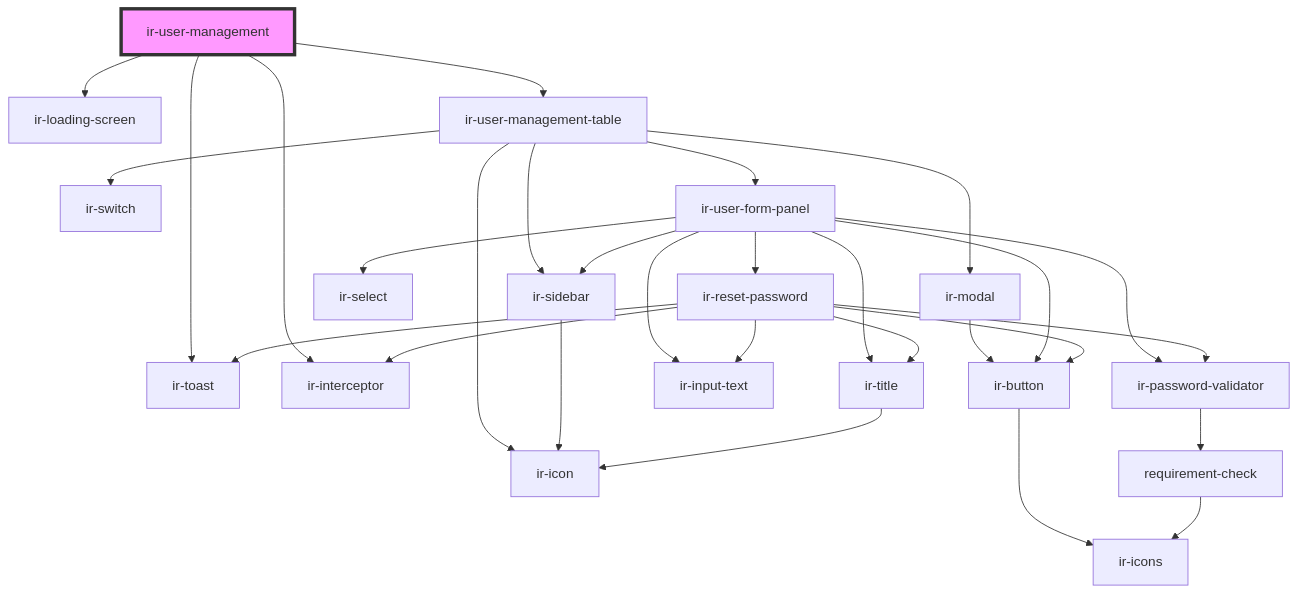
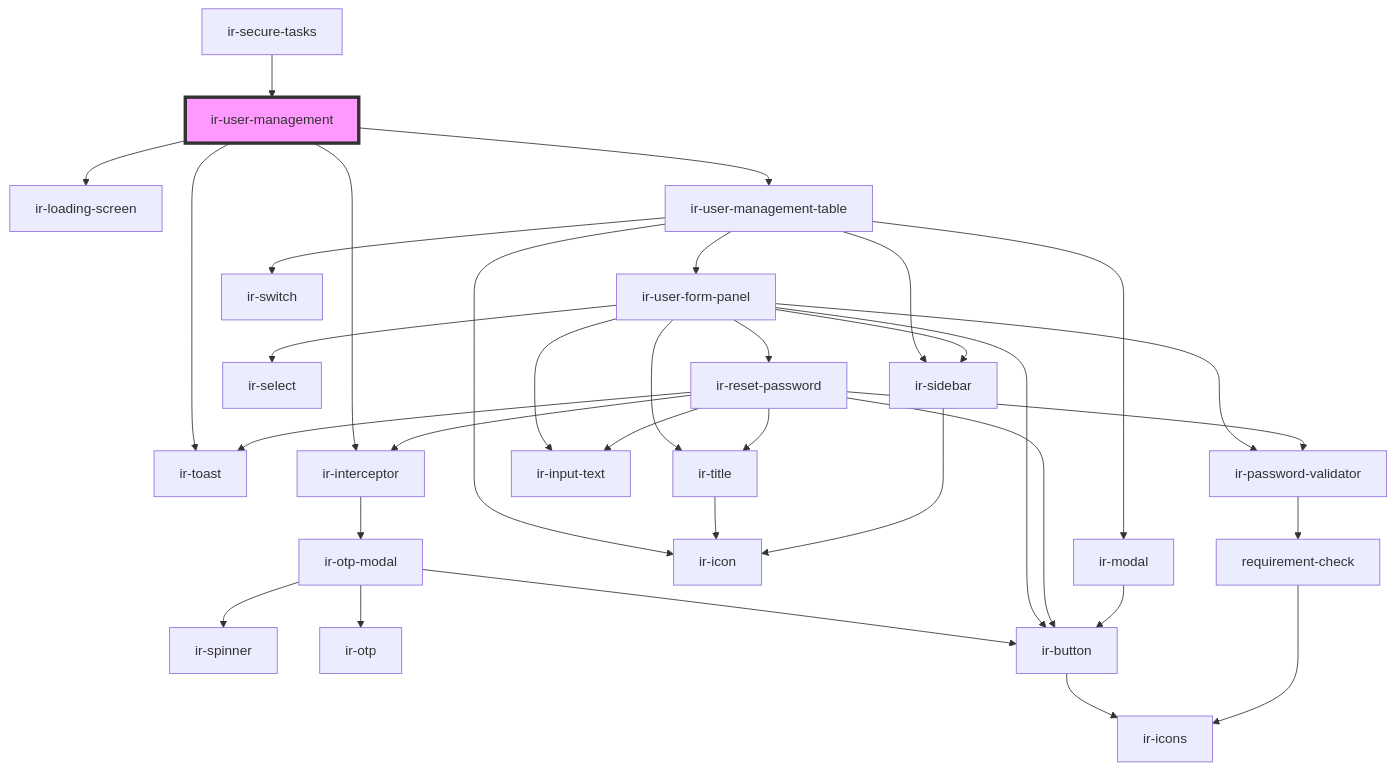
The diagram in src/components/ir-user-management/readme.md (David1Chowaifaty/modified-ir-webcmp), drawn with Mermaid before and after one commit. The commit also changed other lines of this file and 28 other files, not shown here.

````diff
--- a/src/components/ir-user-management/readme.md
+++ b/src/components/ir-user-management/readme.md
@@ -31,32 +37,37 @@
 ```mermaid
 graph TD;
   ir-user-management --> ir-toast
   ir-user-management --> ir-interceptor
   ir-user-management --> ir-loading-screen
   ir-user-management --> ir-user-management-table
+  ir-interceptor --> ir-otp-modal
+  ir-otp-modal --> ir-spinner
+  ir-otp-modal --> ir-otp
+  ir-otp-modal --> ir-button
+  ir-button --> ir-icons
+  ir-user-management-table --> ir-user-form-panel
   ir-user-management-table --> ir-icon
   ir-user-management-table --> ir-switch
   ir-user-management-table --> ir-sidebar
   ir-user-management-table --> ir-modal
-  ir-user-management-table --> ir-user-form-panel
-  ir-sidebar --> ir-icon
-  ir-modal --> ir-button
-  ir-button --> ir-icons
   ir-user-form-panel --> ir-title
   ir-user-form-panel --> ir-input-text
   ir-user-form-panel --> ir-select
   ir-user-form-panel --> ir-password-validator
   ir-user-form-panel --> ir-button
   ir-user-form-panel --> ir-sidebar
   ir-user-form-panel --> ir-reset-password
   ir-title --> ir-icon
   ir-password-validator --> requirement-check
   requirement-check --> ir-icons
+  ir-sidebar --> ir-icon
   ir-reset-password --> ir-interceptor
   ir-reset-password --> ir-toast
   ir-reset-password --> ir-title
   ir-reset-password --> ir-input-text
   ir-reset-password --> ir-password-validator
   ir-reset-password --> ir-button
+  ir-modal --> ir-button
+  ir-secure-tasks --> ir-user-management
   style ir-user-management fill:#f9f,stroke:#333,stroke-width:4px
 ```
````
